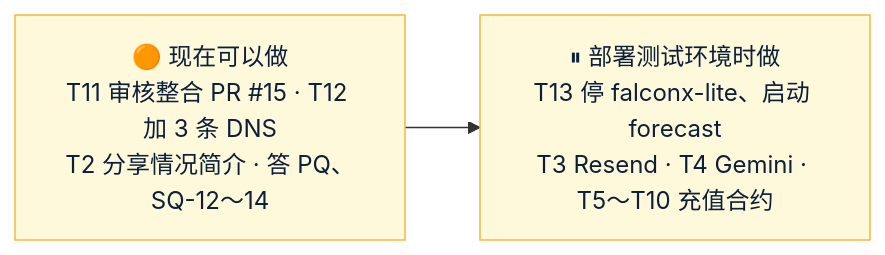
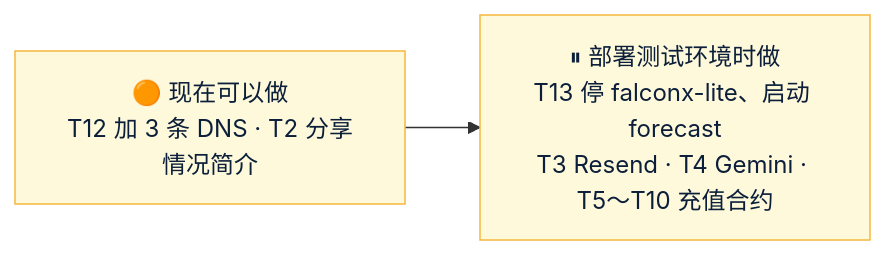
One commit to dollar3651314/forecast changed the diagram in Amos待办.md. Above: the diagram before and after it, drawn with Mermaid. The commit also changed other lines of this file, not shown here.

````diff
--- a/Amos待办.md
+++ b/Amos待办.md
@@ -10,6 +10,6 @@
 ```mermaid
 flowchart LR
-    T["🟠 现在可以做<br/>T11 审核整合 PR #15 · T12 加 3 条 DNS<br/>T2 分享情况简介 · 答 PQ、SQ-12～14"] --> D["⏸ 部署测试环境时做<br/>T13 停 falconx-lite、启动 forecast<br/>T3 Resend · T4 Gemini · T5～T10 充值合约"]
+    T["🟠 现在可以做<br/>T12 加 3 条 DNS · T2 分享情况简介"] --> D["⏸ 部署测试环境时做<br/>T13 停 falconx-lite、启动 forecast<br/>T3 Resend · T4 Gemini · T5～T10 充值合约"]
     classDef amos fill:#FFF9DB,stroke:#F5B83D,color:#0B1F3A
     class T,D amos
 ```
````
